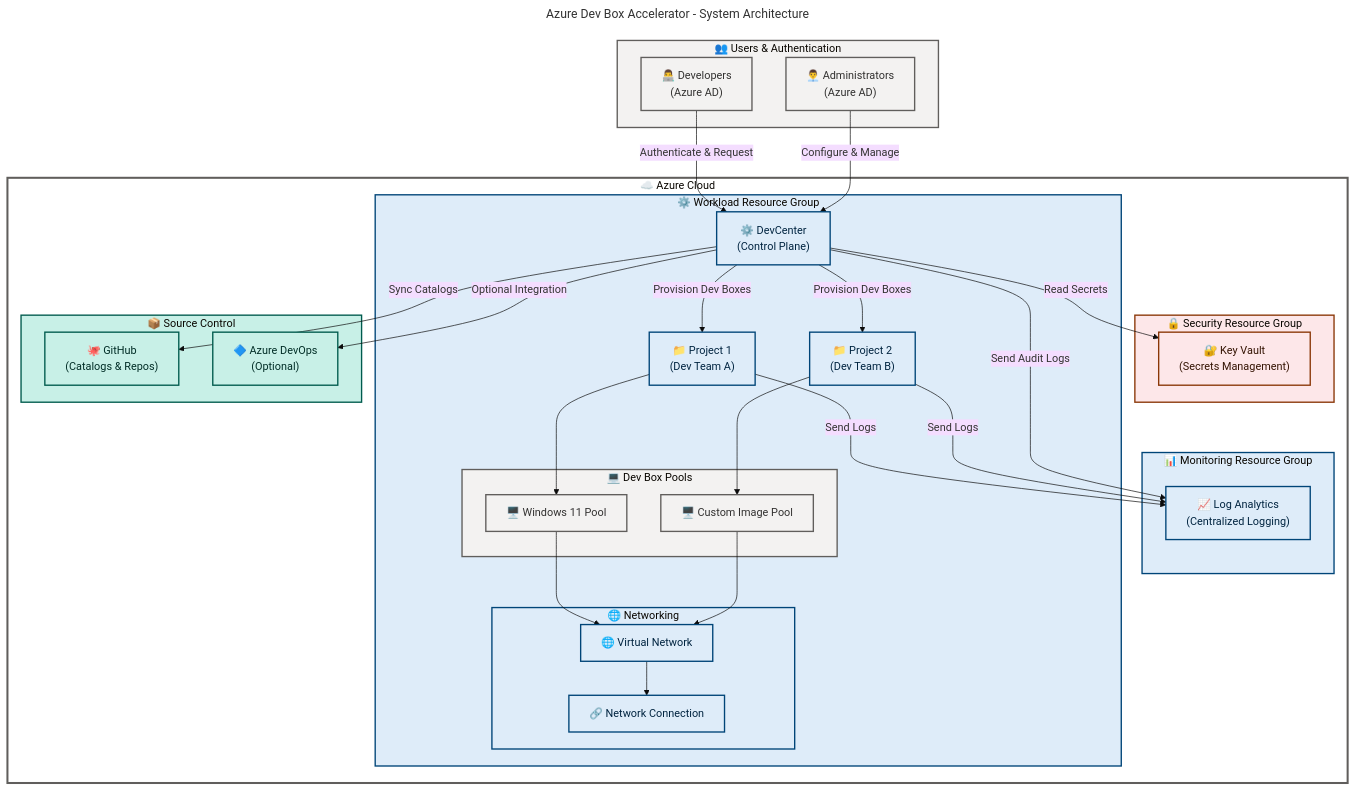
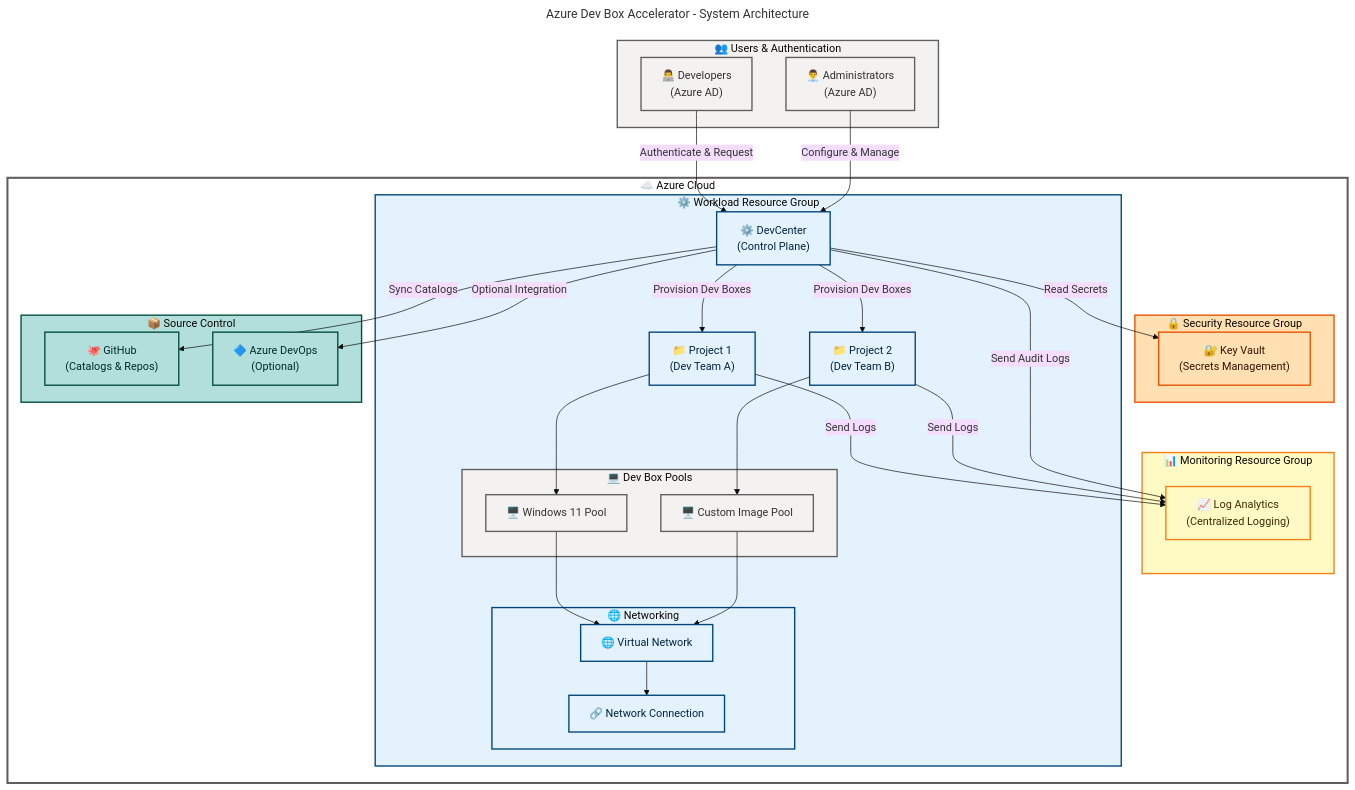
The diagram in README.md (Evilazaro/DevExp-DevBox), drawn with Mermaid before and after one commit.

Commit message:
fix: update color semantics and styling in architecture diagram for improved clarity and compliance

```diff
--- a/README.md
+++ b/README.md
@@ -87,7 +87,7 @@
     %% AZURE / FLUENT ARCHITECTURE PATTERN v1.1
     %% (Semantic + Structural + Font + Accessibility Governance)
     %% ============================================
-    %% Semantic discipline: 5/5 colors (Orange=Security, Blue=Process, Teal=Data, Yellow=Config, Grey=Neutral)
+    %% Semantic discipline: 5/5 colors (Orange=Security, Blue=Workload, Yellow=Monitoring, Teal=Data, Grey=Neutral)
     %% Structural: 8 subgraphs with style directives (MRM-S001 compliant)
     %% Font: Icons on all 14 content nodes (MRM-I001 compliant)
     %% Accessibility: accTitle + accDescr declarations (MRM-A002 compliant)
@@ -104,7 +104,7 @@
         end
 
         subgraph monitoringRG["📊 Monitoring Resource Group"]
-            la["📈 Log Analytics<br/>(Centralized Logging)"]:::azureBlue
+            la["📈 Log Analytics<br/>(Centralized Logging)"]:::sharedYellow
         end
 
         subgraph workloadRG["⚙️ Workload Resource Group"]
@@ -158,21 +158,21 @@
     %% Subgraph Styling (MRM-S001 compliant)
     style users fill:#F3F2F1,stroke:#605E5C,stroke-width:2px
     style azureCloud fill:#FFFFFF,stroke:#605E5C,stroke-width:3px
-    style securityRG fill:#FDE7E9,stroke:#8A3707,stroke-width:2px
-    style monitoringRG fill:#DEECF9,stroke:#004578,stroke-width:2px
-    style workloadRG fill:#DEECF9,stroke:#004578,stroke-width:2px
-    style networking fill:#DEECF9,stroke:#004578,stroke-width:2px
+    style securityRG fill:#FFE0B2,stroke:#E65100,stroke-width:2px
+    style monitoringRG fill:#FFF9C4,stroke:#F57F17,stroke-width:2px
+    style workloadRG fill:#E3F2FD,stroke:#004578,stroke-width:2px
+    style networking fill:#E3F2FD,stroke:#004578,stroke-width:2px
     style pools fill:#F3F2F1,stroke:#605E5C,stroke-width:2px
-    style scm fill:#C8F0E7,stroke:#005B4E,stroke-width:2px
+    style scm fill:#B2DFDB,stroke:#004D40,stroke-width:2px
 
     %% Semantic Color Palette (5/5 limit - MRM-C006 compliant)
-    %% Used: azureBlue (process), warningOrange (security), presenceTeal (data)
-    %% Reserved: successGreen (success states), errorRed (error states)
-    classDef azureBlue fill:#DEECF9,stroke:#004578,stroke-width:2px,color:#002440
-    classDef warningOrange fill:#FDE7E9,stroke:#8A3707,stroke-width:2px,color:#341403
-    classDef presenceTeal fill:#C8F0E7,stroke:#005B4E,stroke-width:2px,color:#002D26
-    classDef successGreen fill:#DFF6DD,stroke:#0B6A0B,stroke-width:2px,color:#063206
-    classDef errorRed fill:#FDE7E9,stroke:#A4262C,stroke-width:2px,color:#410D12
+    %% Active: azureBlue (workload), warningOrange (security), presenceTeal (data), sharedYellow (monitoring)
+    %% Reserved: successGreen (success states)
+    classDef azureBlue fill:#E3F2FD,stroke:#004578,stroke-width:2px,color:#002440
+    classDef warningOrange fill:#FFE0B2,stroke:#E65100,stroke-width:2px,color:#341403
+    classDef presenceTeal fill:#B2DFDB,stroke:#004D40,stroke-width:2px,color:#002D26
+    classDef sharedYellow fill:#FFF9C4,stroke:#F57F17,stroke-width:2px,color:#3D2C05
+    classDef successGreen fill:#C8E6C9,stroke:#1B5E20,stroke-width:2px,color:#063206
 
     %% Structural & Neutral Colors (excluded from MRM-C006 count)
     classDef level1Group fill:#FFFFFF,stroke:#605E5C,stroke-width:3px,color:#323130
```
